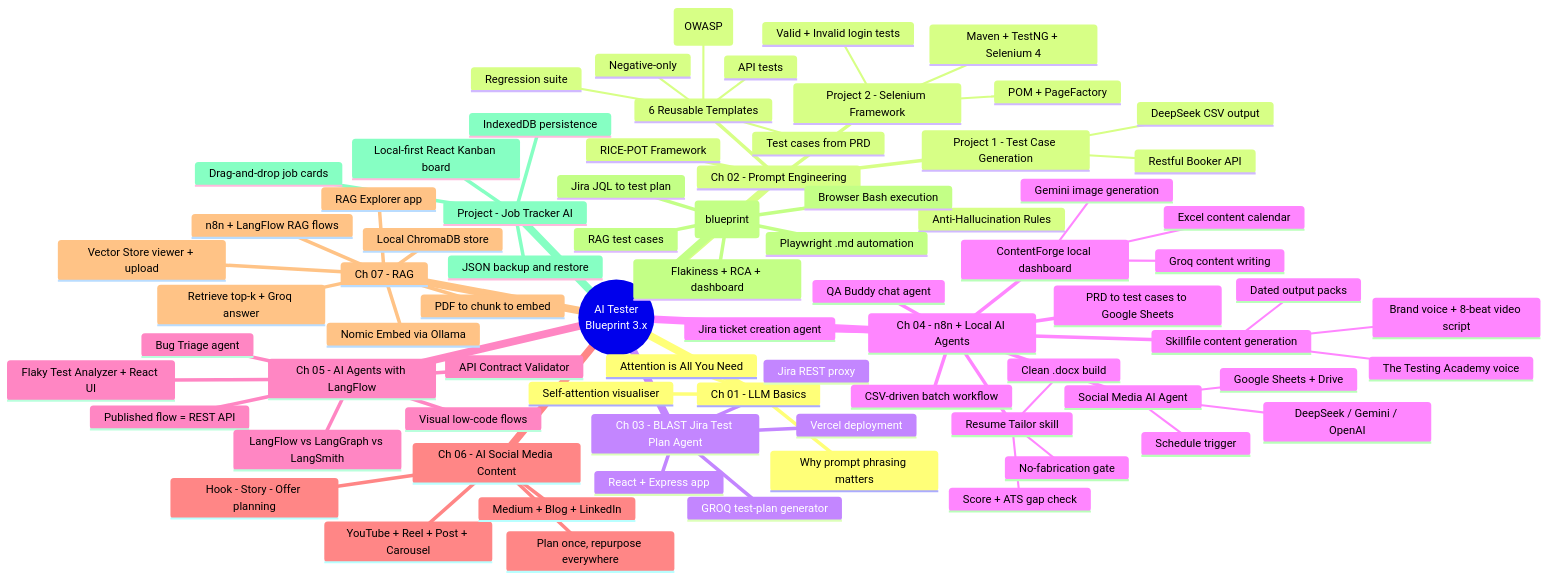
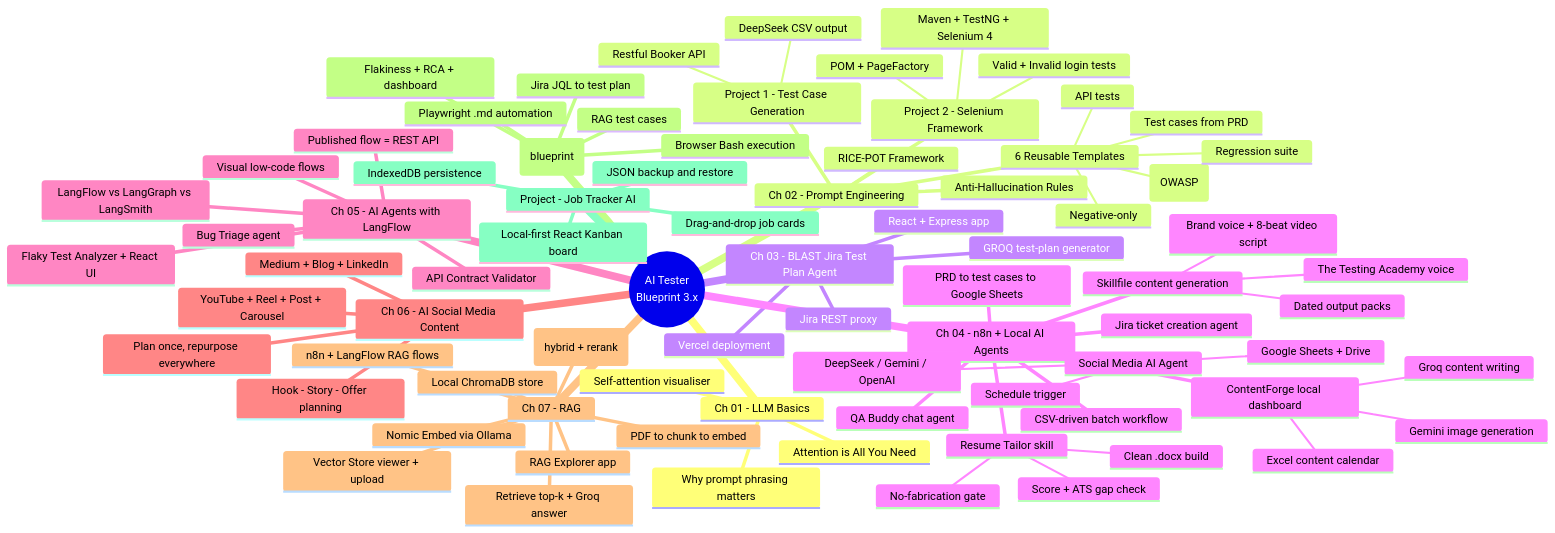
One commit to RJ-626/Learn_AITester_batch3x changed the first of 11 diagrams in README.md. Above: the diagram before and after it, drawn with Mermaid. The commit also changed other lines of this file and 14 other files, not shown here.

First line of the commit message:
feat: add ch07 Advanced RAG hybrid app

````diff
--- a/README.md
+++ b/README.md
@@ -14,81 +14,82 @@
 ```mermaid
 mindmap
   root((AI Tester<br/>Blueprint 3.x))
     Ch 01 - LLM Basics
       Attention is All You Need
       Self-attention visualiser
       Why prompt phrasing matters
     Ch 02 - Prompt Engineering
       Anti-Hallucination Rules
       RICE-POT Framework
       Project 1 - Test Case Generation
         Restful Booker API
         DeepSeek CSV output
       Project 2 - Selenium Framework
         Maven + TestNG + Selenium 4
         POM + PageFactory
         Valid + Invalid login tests
       6 Reusable Templates
         Test cases from PRD
         API tests
         Negative-only
         Security (OWASP)
         Regression suite
     Ch 03 - BLAST Jira Test Plan Agent
       React + Express app
       Jira REST proxy
       GROQ test-plan generator
       Vercel deployment
     Ch 04 - n8n + Local AI Agents
       QA Buddy chat agent
       Jira ticket creation agent
       PRD to test cases to Google Sheets
       CSV-driven batch workflow
       ContentForge local dashboard
         Groq content writing
         Gemini image generation
         Excel content calendar
       Skillfile content generation
         The Testing Academy voice
         Brand voice + 8-beat video script
         Dated output packs
       Social Media AI Agent
         Schedule trigger
         DeepSeek / Gemini / OpenAI
         Google Sheets + Drive
       Resume Tailor skill
         Score + ATS gap check
         No-fabrication gate
         Clean .docx build
     Ch 05 - AI Agents with LangFlow
       Visual low-code flows
       Published flow = REST API
       Flaky Test Analyzer + React UI
       API Contract Validator
       Bug Triage agent
       LangFlow vs LangGraph vs LangSmith
     Ch 06 - AI Social Media Content
       Hook - Story - Offer planning
       YouTube + Reel + Post + Carousel
       Medium + Blog + LinkedIn
       Plan once, repurpose everywhere
     Ch 07 - RAG
       RAG Explorer app
       PDF to chunk to embed
       Nomic Embed via Ollama
       Local ChromaDB store
       Retrieve top-k + Groq answer
       Vector Store viewer + upload
       n8n + LangFlow RAG flows
+      Advanced RAG (hybrid + rerank)
     E2E AI QA Pipeline (blueprint)
       Jira JQL to test plan
       RAG test cases
       Playwright .md automation
       Browser Bash execution
       Flakiness + RCA + dashboard
     Project - Job Tracker AI
       Local-first React Kanban board
       IndexedDB persistence
       Drag-and-drop job cards
       JSON backup and restore
 ```
````
